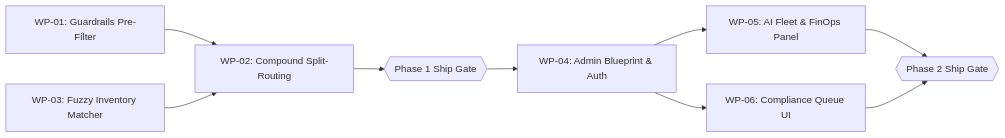
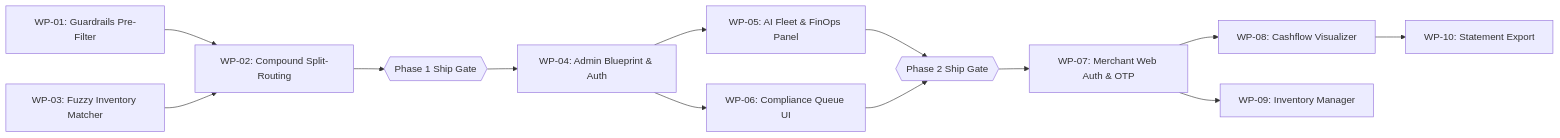
The diagram in plans/2026-09-14-agent-hardening-and-platform-dashboard/05-tracking.md (christianammadu/TaLi-Project), drawn with Mermaid before and after one commit. The commit also changed other lines of this file, not shown here.

Commit message:
docs(plan): expand Phase 3 Merchant Portal work packages WP-07 through WP-10

````diff
--- a/plans/2026-09-14-agent-hardening-and-platform-dashboard/05-tracking.md
+++ b/plans/2026-09-14-agent-hardening-and-platform-dashboard/05-tracking.md
@@ -66,11 +74,15 @@
 ```mermaid
 flowchart LR
     WP01["WP-01: Guardrails Pre-Filter"] --> WP02["WP-02: Compound Split-Routing"]
     WP03["WP-03: Fuzzy Inventory Matcher"] --> WP02
     WP02 --> G_P1{{"Phase 1 Ship Gate"}}
     G_P1 --> WP04["WP-04: Admin Blueprint & Auth"]
     WP04 --> WP05["WP-05: AI Fleet & FinOps Panel"]
     WP04 --> WP06["WP-06: Compliance Queue UI"]
     WP05 --> G_P2{{"Phase 2 Ship Gate"}}
     WP06 --> G_P2
+    G_P2 --> WP07["WP-07: Merchant Web Auth & OTP"]
+    WP07 --> WP08["WP-08: Cashflow Visualizer"]
+    WP07 --> WP09["WP-09: Inventory Manager"]
+    WP08 --> WP10["WP-10: Statement Export"]
 ```
````
